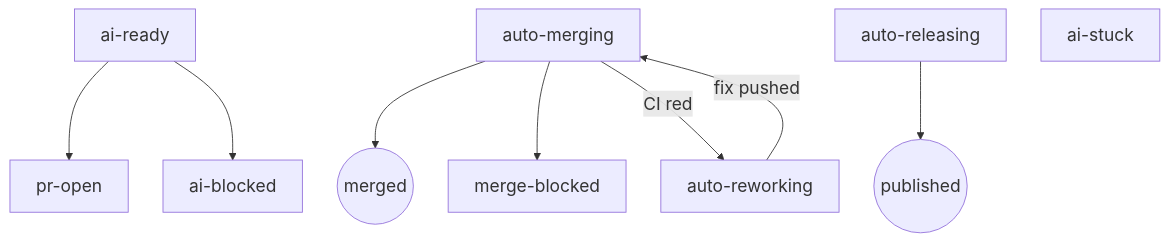
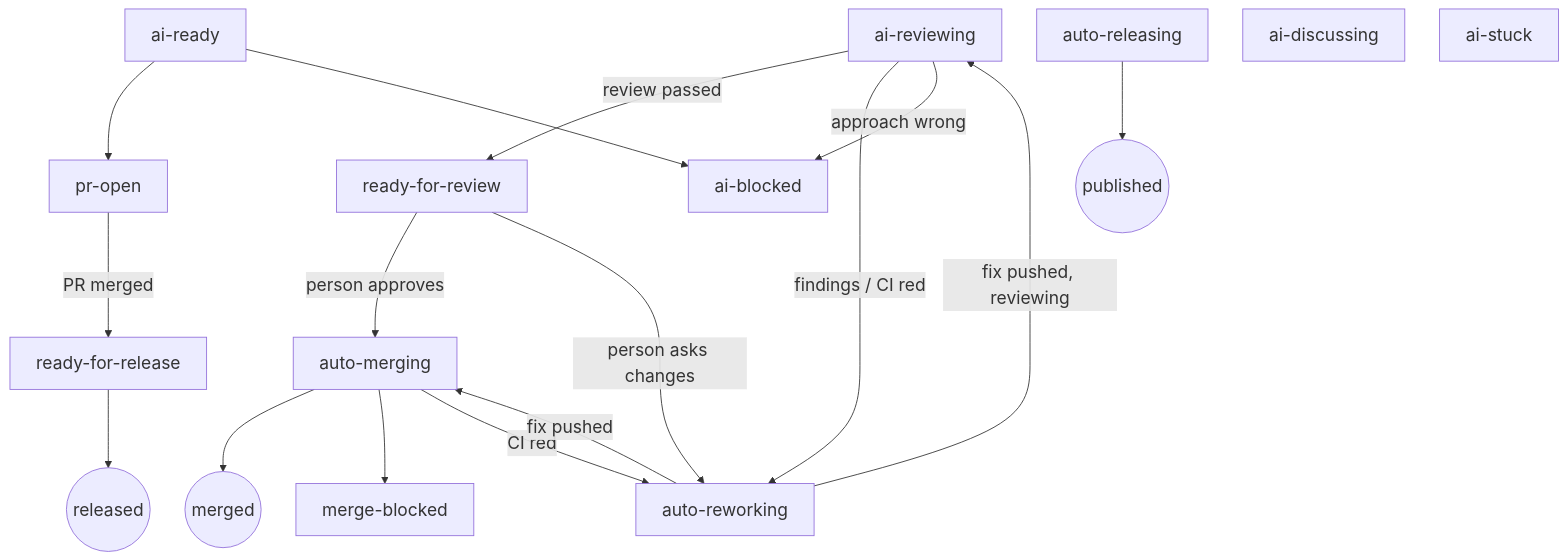
One commit to hifi-phil/umbraco-mcp-ops changed the third of 5 diagrams in docs/agent-orchestration/04-architecture.md. Above: the diagram before and after it, drawn with Mermaid. The commit also changed other lines of this file, not shown here.

First line of the commit message:
docs(agent-orchestration): fix label diagram to match graph.ts

````diff
--- a/docs/agent-orchestration/04-architecture.md
+++ b/docs/agent-orchestration/04-architecture.md
@@ -65,12 +65,21 @@
 ```mermaid
 %%{init: {"themeVariables": {"fontSize": "20px"}, "flowchart": {"nodeSpacing": 40, "rankSpacing": 60}}}%%
 flowchart TD
     A[ai-ready] --> B[pr-open]
     A --> C[ai-blocked]
+    B -- "PR merged" --> RFR[ready-for-release]
+    RFR --> REL2((released))
+    V[ai-reviewing] -- "review passed" --> RFV[ready-for-review]
+    V -- "findings / CI red" --> RW
+    V -- "approach wrong" --> C
+    RFV -- "person approves" --> M
+    RFV -- "person asks changes" --> RW
     M[auto-merging] --> MD((merged))
     M --> MB[merge-blocked]
     M -- "CI red" --> RW[auto-reworking]
     RW -- "fix pushed" --> M
+    RW -- "fix pushed, reviewing" --> V
     REL[auto-releasing] --> P((published))
+    D[ai-discussing]
     S[ai-stuck]
 ```
````
